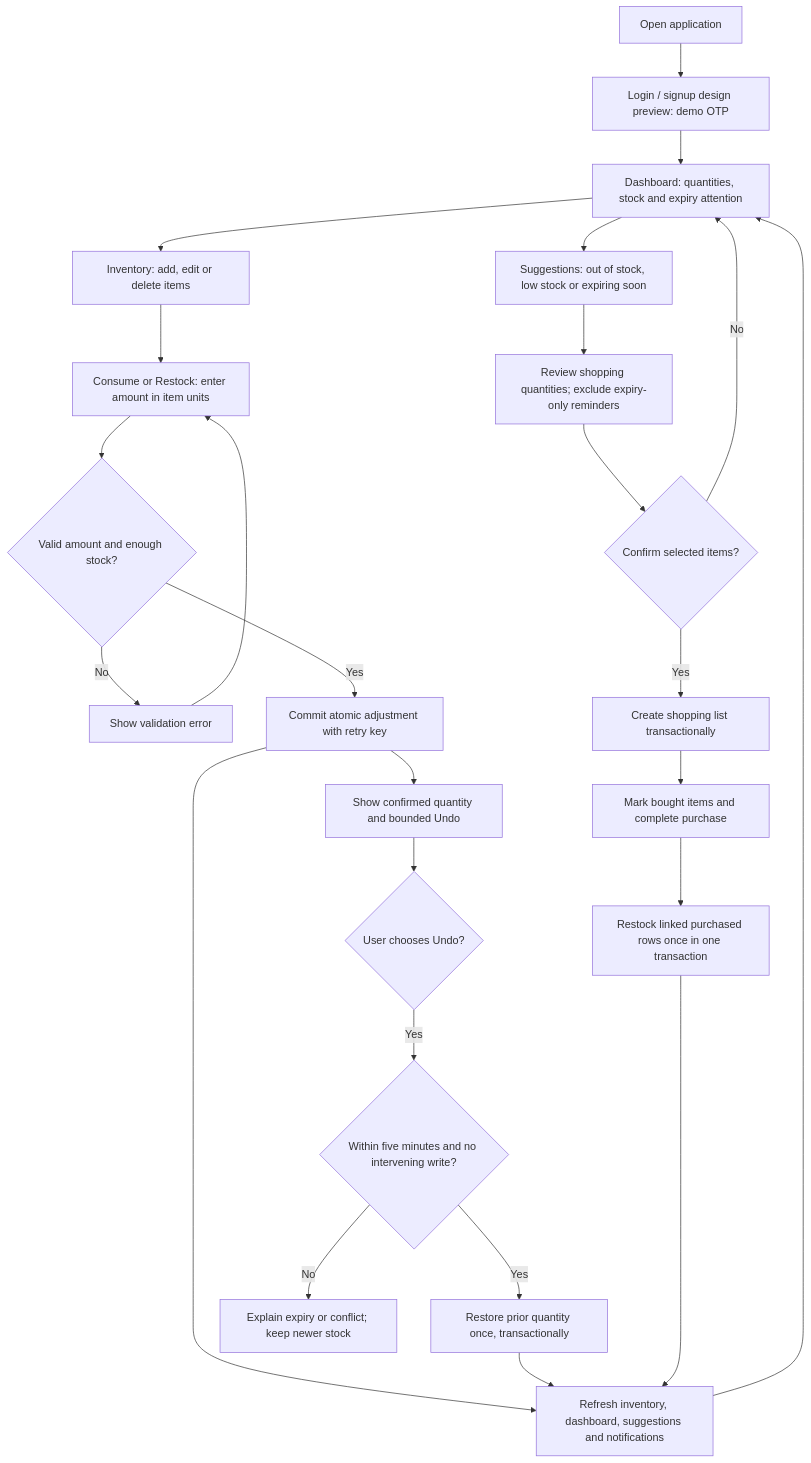
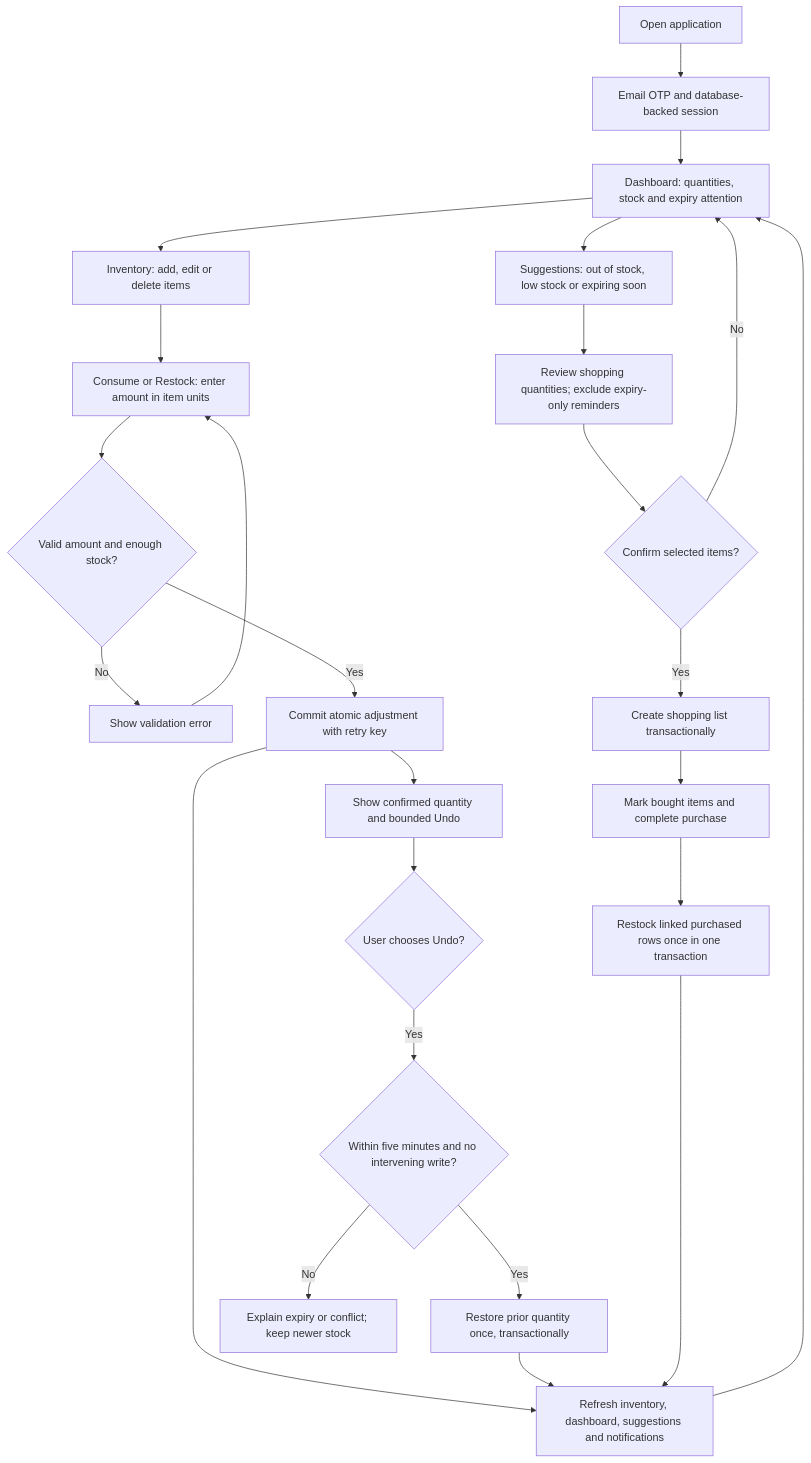
One commit to chankiahuja/Grocery-Suggestor changed the second of 3 diagrams in docs/ARCHITECTURE.md. Above: the diagram before and after it, drawn with Mermaid. The commit also changed other lines of this file and 65 other files, not shown here.

Commit message:
feat: GS-14 add email OTP authentication and restrict account creation to signup

````diff
--- a/docs/ARCHITECTURE.md
+++ b/docs/ARCHITECTURE.md
@@ -53,29 +55,29 @@
 ```mermaid
 flowchart TD
-    Open["Open application"] --> Login["Login / signup design preview: demo OTP"]
+    Open["Open application"] --> Login["Email OTP and database-backed session"]
     Login --> Dashboard["Dashboard: quantities, stock and expiry attention"]
     Dashboard --> Inventory["Inventory: add, edit or delete items"]
     Inventory --> Adjust["Consume or Restock: enter amount in item units"]
     Adjust --> Validate{"Valid amount and enough stock?"}
     Validate -->|No| Error["Show validation error"]
     Error --> Adjust
     Validate -->|Yes| Commit["Commit atomic adjustment with retry key"]
     Commit --> Feedback["Show confirmed quantity and bounded Undo"]
     Feedback --> Undo{"User chooses Undo?"}
     Undo -->|Yes| Eligible{"Within five minutes and no intervening write?"}
     Eligible -->|Yes| Restore["Restore prior quantity once, transactionally"]
     Eligible -->|No| Rejected["Explain expiry or conflict; keep newer stock"]
 
     Dashboard --> Suggestions["Suggestions: out of stock, low stock or expiring soon"]
     Suggestions --> Review["Review shopping quantities; exclude expiry-only reminders"]
     Review --> Confirm{"Confirm selected items?"}
     Confirm -->|No| Dashboard
     Confirm -->|Yes| List["Create shopping list transactionally"]
     List --> Purchased["Mark bought items and complete purchase"]
     Purchased --> Restock["Restock linked purchased rows once in one transaction"]
 
     Commit --> Refresh["Refresh inventory, dashboard, suggestions and notifications"]
     Restore --> Refresh
     Restock --> Refresh
     Refresh --> Dashboard
 ```
````
